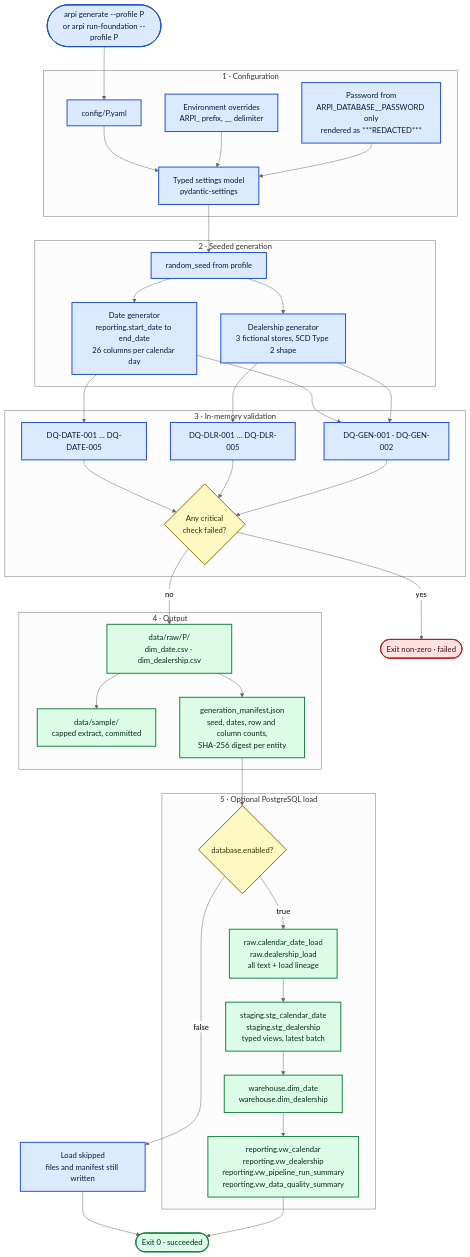
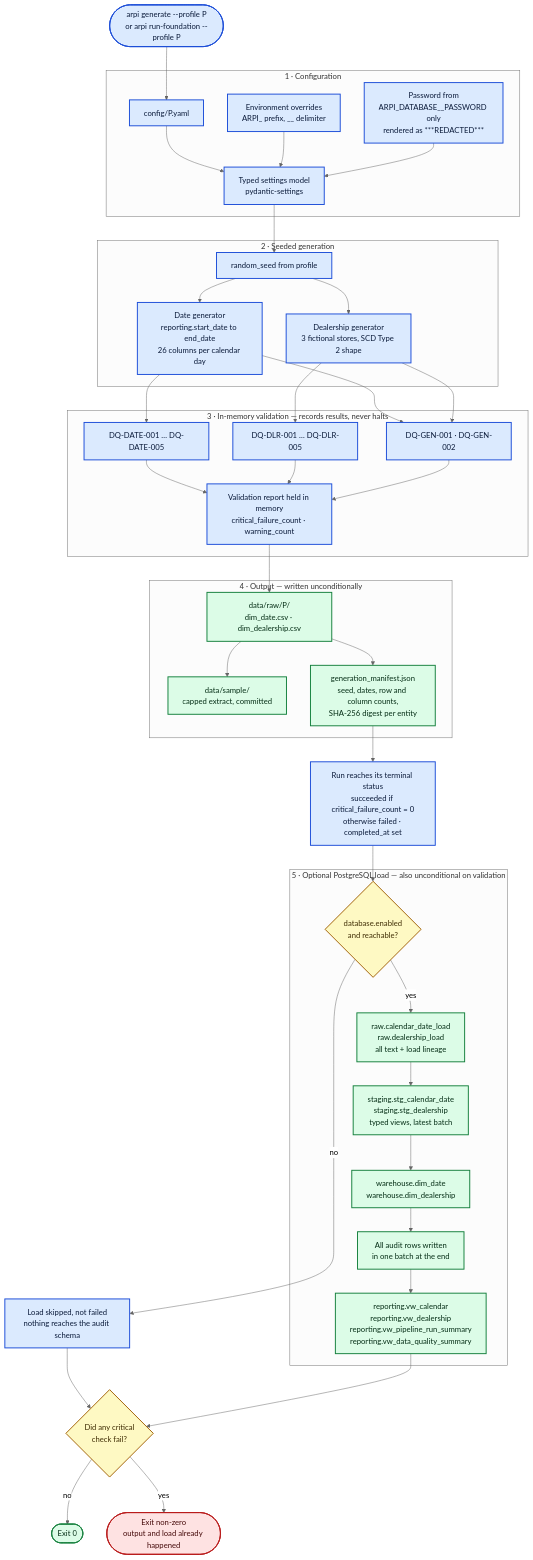
Before and after one commit to mpalmer79/Automotive-Retail-Performance-Intelligence: the first of 2 diagrams in docs/diagrams/02-phase-0-data-flow.md, drawn with Mermaid (neutral theme). The commit also changed other lines of this file and 12 other files, not shown here.

````diff
--- a/docs/diagrams/02-phase-0-data-flow.md
+++ b/docs/diagrams/02-phase-0-data-flow.md
@@ -28,30 +40,34 @@
         GDLR["Dealership generator<br/>3 fictional stores, SCD Type 2 shape"]
     end
 
-    subgraph validate["3 · In-memory validation"]
+    subgraph validate["3 · In-memory validation — records results, never halts"]
         VD["DQ-DATE-001 … DQ-DATE-005"]
         VL["DQ-DLR-001 … DQ-DLR-005"]
         VG["DQ-GEN-001 · DQ-GEN-002"]
-        GATE{"Any critical<br/>check failed?"}
+        REPORT["Validation report held in memory<br/>critical_failure_count · warning_count"]
     end
 
-    subgraph write["4 · Output"]
+    subgraph write["4 · Output — written unconditionally"]
         RAWCSV["data/raw/P/<br/>dim_date.csv · dim_dealership.csv"]
         SAMPLE["data/sample/<br/>capped extract, committed"]
         MANIFEST["generation_manifest.json<br/>seed, dates, row and column counts,<br/>SHA-256 digest per entity"]
     end
 
-    subgraph load["5 · Optional PostgreSQL load"]
-        ENABLED{"database.enabled?"}
+    STATUS["Run reaches its terminal status<br/>succeeded if critical_failure_count = 0<br/>otherwise failed · completed_at set"]
+
+    subgraph load["5 · Optional PostgreSQL load — also unconditional on validation"]
+        ENABLED{"database.enabled<br/>and reachable?"}
         RAWT["raw.calendar_date_load<br/>raw.dealership_load<br/>all text + load lineage"]
         STGV["staging.stg_calendar_date<br/>staging.stg_dealership<br/>typed views, latest batch"]
         DIM["warehouse.dim_date<br/>warehouse.dim_dealership"]
+        AUDITW["All audit rows written<br/>in one batch at the end"]
         RVIEW["reporting.vw_calendar<br/>reporting.vw_dealership<br/>reporting.vw_pipeline_run_summary<br/>reporting.vw_data_quality_summary"]
     end
 
-    OK(["Exit 0 · succeeded"])
-    FAIL(["Exit non-zero · failed"])
-    SKIP["Load skipped<br/>files and manifest still written"]
+    EXIT{"Did any critical<br/>check fail?"}
+    OK(["Exit 0"])
+    FAIL(["Exit non-zero<br/>output and load already happened"])
+    SKIP["Load skipped, not failed<br/>nothing reaches the audit schema"]
 
     START --> YAML
     YAML --> MODEL
@@ -64,23 +80,27 @@
     GDLR --> VL
     GDATE --> VG
     GDLR --> VG
-    VD --> GATE
-    VL --> GATE
-    VG --> GATE
+    VD --> REPORT
+    VL --> REPORT
+    VG --> REPORT
 
-    GATE -->|yes| FAIL
-    GATE -->|no| RAWCSV
+    REPORT --> RAWCSV
     RAWCSV --> MANIFEST
     RAWCSV --> SAMPLE
-    MANIFEST --> ENABLED
+    MANIFEST --> STATUS
+    STATUS --> ENABLED
 
-    ENABLED -->|false| SKIP
-    SKIP --> OK
-    ENABLED -->|true| RAWT
+    ENABLED -->|no| SKIP
+    SKIP --> EXIT
+    ENABLED -->|yes| RAWT
     RAWT --> STGV
     STGV --> DIM
-    DIM --> RVIEW
-    RVIEW --> OK
+    DIM --> AUDITW
+    AUDITW --> RVIEW
+    RVIEW --> EXIT
+
+    EXIT -->|no| OK
+    EXIT -->|yes| FAIL
 
     classDef step fill:#dbeafe,stroke:#1d4ed8,stroke-width:2px,color:#0b1b3a
     classDef store fill:#dcfce7,stroke:#15803d,stroke-width:2px,color:#052e16
@@ -88,9 +108,9 @@
     classDef good fill:#dcfce7,stroke:#15803d,stroke-width:2px,color:#052e16
     classDef bad fill:#fee2e2,stroke:#b91c1c,stroke-width:2px,color:#450a0a
 
-    class YAML,ENV,MODEL,REDACT,SEED,GDATE,GDLR,VD,VL,VG,SKIP,START step
-    class RAWCSV,SAMPLE,MANIFEST,RAWT,STGV,DIM,RVIEW store
-    class GATE,ENABLED decision
+    class YAML,ENV,MODEL,REDACT,SEED,GDATE,GDLR,VD,VL,VG,REPORT,STATUS,SKIP,START step
+    class RAWCSV,SAMPLE,MANIFEST,RAWT,STGV,DIM,AUDITW,RVIEW store
+    class ENABLED,EXIT decision
     class OK good
     class FAIL bad
 ```
````
